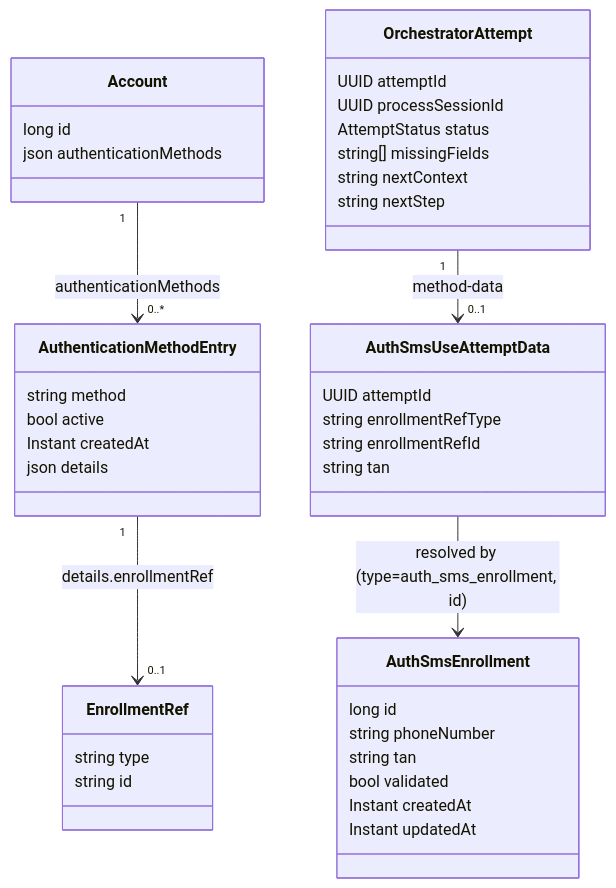
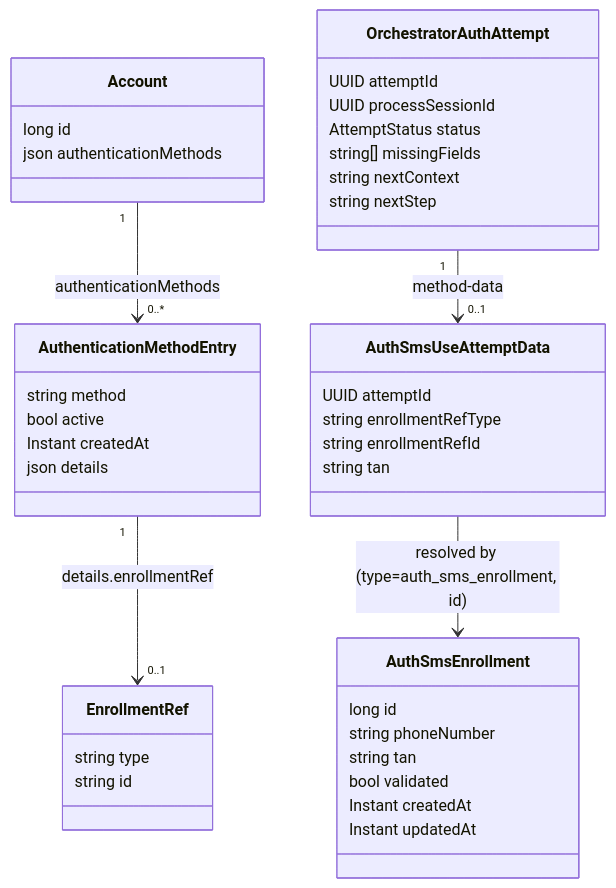
Before and after one commit to rpreissel/DPoP-demo: the fourth of 7 diagrams in orchestrator-keycloak-session-konzept.md, drawn with Mermaid. The commit also changed other lines of this file, not shown here.

Commit message:
docs: Attempt-Arten ident/auth/enroll und zweistufige API-Struktur

````diff
--- a/orchestrator-keycloak-session-konzept.md
+++ b/orchestrator-keycloak-session-konzept.md
@@ -256,49 +269,49 @@
 ```mermaid
 classDiagram
   class Account {
     long id
     json authenticationMethods
   }
 
   class AuthenticationMethodEntry {
     string method
     bool active
     Instant createdAt
     json details
   }
 
   class EnrollmentRef {
     string type
     string id
   }
 
-  class OrchestratorAttempt {
+  class OrchestratorAuthAttempt {
     UUID attemptId
     UUID processSessionId
     AttemptStatus status
     string[] missingFields
     string nextContext
     string nextStep
   }
 
   class AuthSmsUseAttemptData {
     UUID attemptId
     string enrollmentRefType
     string enrollmentRefId
     string tan
   }
 
   class AuthSmsEnrollment {
     long id
     string phoneNumber
     string tan
     bool validated
     Instant createdAt
     Instant updatedAt
   }
 
   Account "1" --> "0..*" AuthenticationMethodEntry : authenticationMethods
   AuthenticationMethodEntry "1" --> "0..1" EnrollmentRef : details.enrollmentRef
-  OrchestratorAttempt "1" --> "0..1" AuthSmsUseAttemptData : method-data
+  OrchestratorAuthAttempt "1" --> "0..1" AuthSmsUseAttemptData : method-data
   AuthSmsUseAttemptData --> AuthSmsEnrollment : resolved by (type=auth_sms_enrollment, id)
 ```
````
